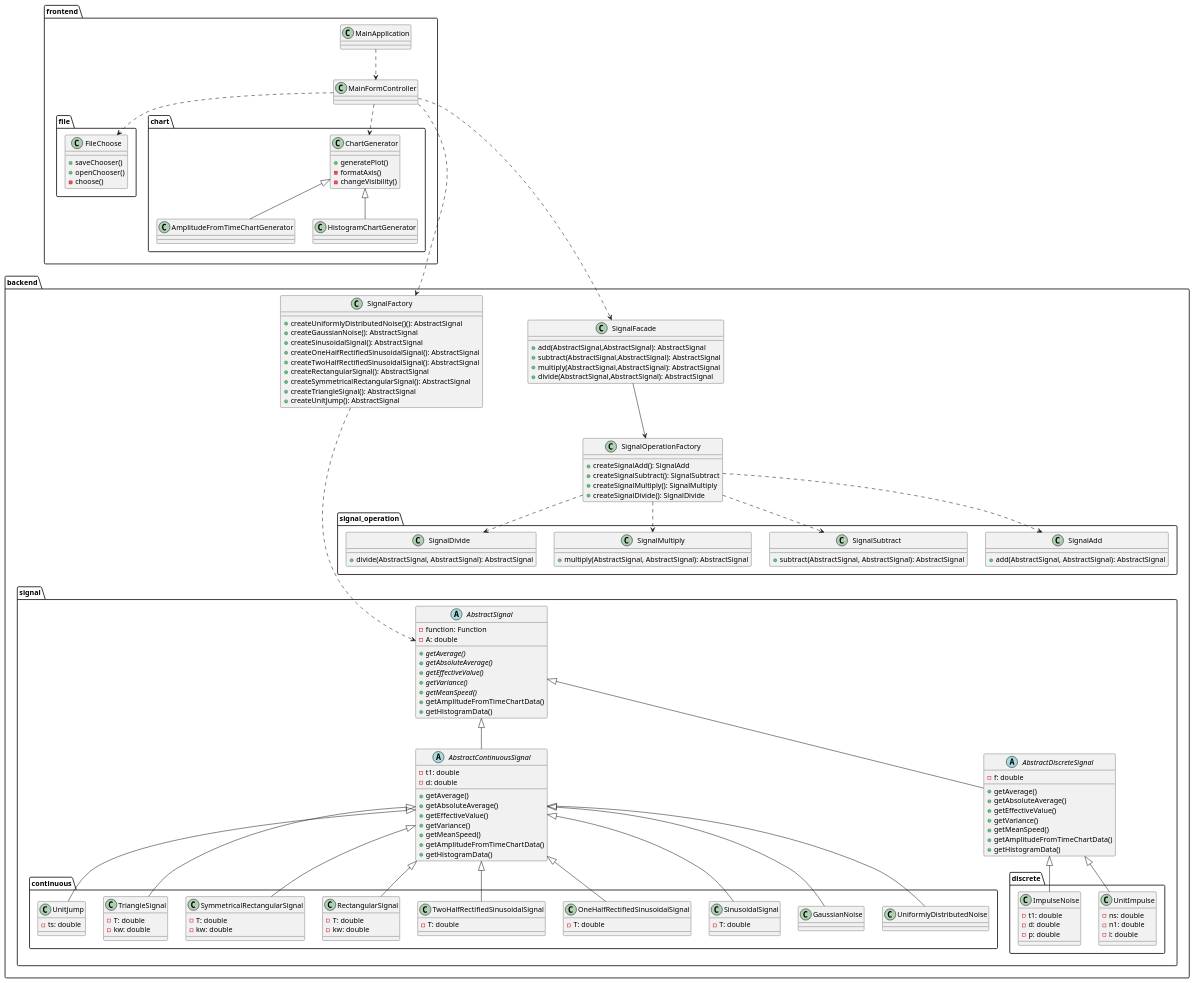
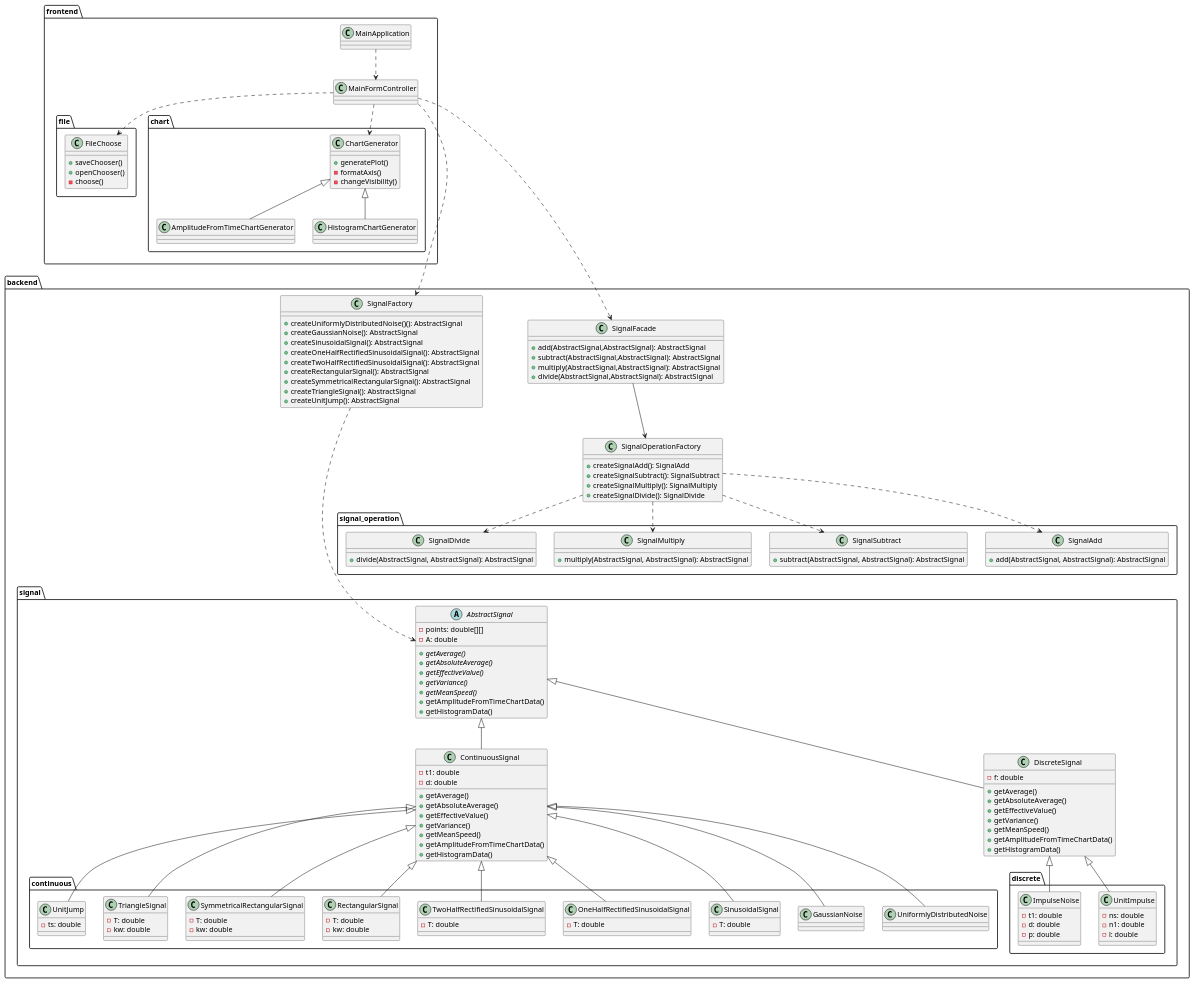
The diagram in README.md (RadekBucki/DigitalSignalProcessing), drawn with PlantUML before and after one commit.

Commit message:
Replace function with points and remove abstract from signals

```diff
--- a/README.md
+++ b/README.md
@@ -19,7 +19,7 @@
     package signal {
         SignalFactory ....> AbstractSignal
         abstract class AbstractSignal {
-            - function: Function
+            - points: double[][]
             - A: double
             + {abstract} getAverage()
             + {abstract} getAbsoluteAverage()
@@ -30,7 +30,7 @@
             + getHistogramData()
         }
         
-        abstract class AbstractContinuousSignal {
+        class ContinuousSignal {
             - t1: double
             - d: double
             + getAverage()
@@ -41,7 +41,7 @@
             + getAmplitudeFromTimeChartData()
             + getHistogramData()
         }
-        abstract class AbstractDiscreteSignal {
+        class DiscreteSignal {
             - f: double
             + getAverage()
             + getAbsoluteAverage()
@@ -52,8 +52,8 @@
             + getHistogramData()
         }
         
-        AbstractSignal <|-- AbstractContinuousSignal
-        AbstractSignal <|-- AbstractDiscreteSignal
+        AbstractSignal <|-- ContinuousSignal
+        AbstractSignal <|-- DiscreteSignal
         
         package continuous {
             class UniformlyDistributedNoise
@@ -96,18 +96,18 @@
             }
         }
         
-        AbstractContinuousSignal <|-- UniformlyDistributedNoise
-        AbstractContinuousSignal <|-- GaussianNoise
-        AbstractContinuousSignal <|-- SinusoidalSignal
-        AbstractContinuousSignal <|-- OneHalfRectifiedSinusoidalSignal
-        AbstractContinuousSignal <|-- TwoHalfRectifiedSinusoidalSignal
-        AbstractContinuousSignal <|-- RectangularSignal
-        AbstractContinuousSignal <|-- SymmetricalRectangularSignal
-        AbstractContinuousSignal <|-- TriangleSignal
-        AbstractContinuousSignal <|-- UnitJump
+        ContinuousSignal <|-- UniformlyDistributedNoise
+        ContinuousSignal <|-- GaussianNoise
+        ContinuousSignal <|-- SinusoidalSignal
+        ContinuousSignal <|-- OneHalfRectifiedSinusoidalSignal
+        ContinuousSignal <|-- TwoHalfRectifiedSinusoidalSignal
+        ContinuousSignal <|-- RectangularSignal
+        ContinuousSignal <|-- SymmetricalRectangularSignal
+        ContinuousSignal <|-- TriangleSignal
+        ContinuousSignal <|-- UnitJump
         
-        AbstractDiscreteSignal <|-- UnitImpulse
-        AbstractDiscreteSignal <|-- ImpulseNoise
+        DiscreteSignal <|-- UnitImpulse
+        DiscreteSignal <|-- ImpulseNoise
     }
     
     class SignalFacade {
```
